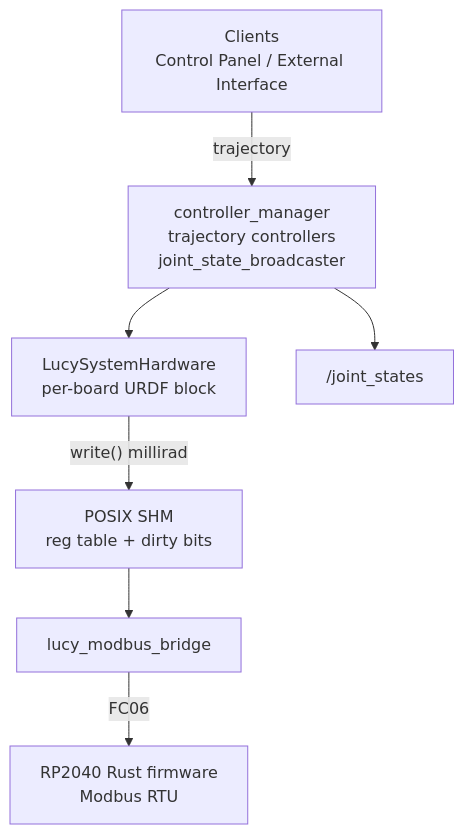
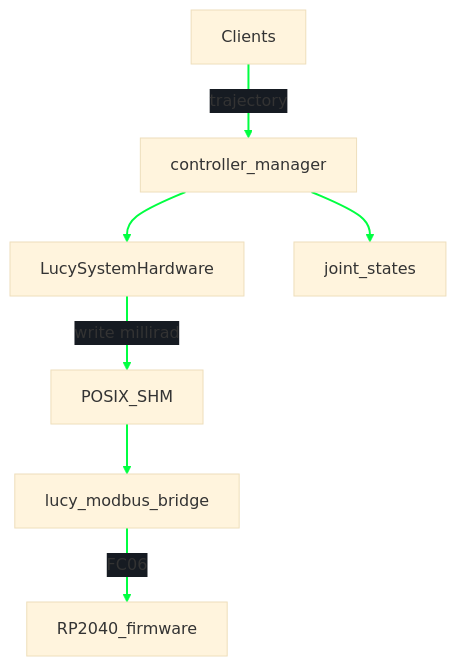
The diagram in docs/ROS2_CONTROL.md (Lucy-Robotics/lucy_ros_packages), drawn with Mermaid before and after one commit. The commit also changed other lines of this file and 2 other files, not shown here.

Commit message:
feat(architecture): add pipeline/SHM schematics

````diff
--- a/docs/ROS2_CONTROL.md
+++ b/docs/ROS2_CONTROL.md
@@ -40,15 +48,19 @@
 ```mermaid
+%%{init: {"theme": "base", "themeVariables": {"lineColor": "#00FF41", "edgeLabelBackground": "#161b22"}}}%%
 flowchart TB
-  C["Clients<br/>Control Panel / External Interface"]
-  CM["controller_manager<br/>trajectory controllers<br/>joint_state_broadcaster"]
-  WL["LucySystemHardware<br/>per-board URDF block"]
-  SHM["POSIX SHM<br/>reg table + dirty bits"]
+  C["Clients"]
+  CM["controller_manager"]
+  WL["LucySystemHardware"]
+  SHM["POSIX_SHM"]
   BR["lucy_modbus_bridge"]
-  FW["RP2040 Rust firmware<br/>Modbus RTU"]
-  JS["/joint_states"]
+  FW["RP2040_firmware"]
+  JS["joint_states"]
 
   C -->|"trajectory"| CM
   CM --> WL
   CM --> JS
-  WL -->|"write() millirad"| SHM --> BR -->|"FC06"| FW
+  WL -->|"write millirad"| SHM
+  SHM --> BR
+  BR -->|"FC06"| FW
+  linkStyle default stroke:#00FF41,stroke-width:2px
 ```
````
